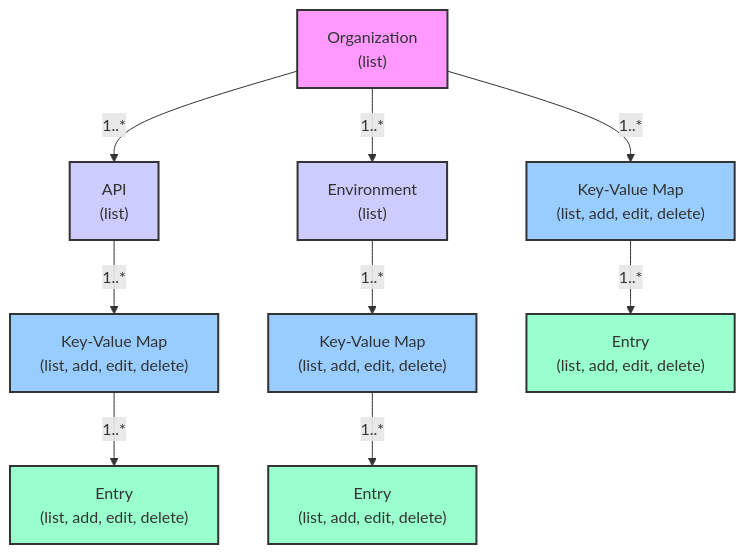
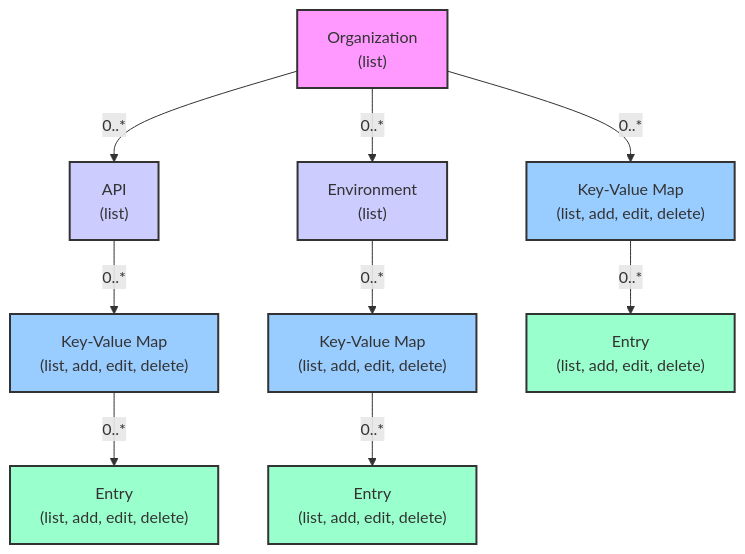
The diagram in apps/acc/src/app/apigee/structure.md (konradst/acc), drawn with Mermaid before and after one commit.

````diff
--- a/apps/acc/src/app/apigee/structure.md
+++ b/apps/acc/src/app/apigee/structure.md
@@ -3,31 +3,31 @@
 ```mermaid
 graph TD;
     %% Define Nodes with Module Name and Methods
     Org["Organization<br/>(list)"]:::level1;
     API["API<br/>(list)"]:::level2;
     Env["Environment<br/>(list)"]:::level2;
     OrgKVM["Key-Value Map<br/>(list, add, edit, delete)"]:::level3;
     ApiKVM["Key-Value Map<br/>(list, add, edit, delete)"]:::level3;
     EnvKVM["Key-Value Map<br/>(list, add, edit, delete)"]:::level3;
     OrgEntry["Entry<br/>(list, add, edit, delete)"]:::level4;
     ApiEntry["Entry<br/>(list, add, edit, delete)"]:::level4;
     EnvEntry["Entry<br/>(list, add, edit, delete)"]:::level4;
 
     %% Define Relationships and Cardinality
-    Org -- "1..*" --> API;
-    Org -- "1..*" --> Env;
-    Org -- "1..*"--> OrgKVM;
+    Org -- "0..*" --> API;
+    Org -- "0..*" --> Env;
+    Org -- "0..*"--> OrgKVM;
 
-    API -- "1..*" --> ApiKVM;
-    Env -- "1..*" --> EnvKVM;
+    API -- "0..*" --> ApiKVM;
+    Env -- "0..*" --> EnvKVM;
 
-    OrgKVM -- "1..*" --> OrgEntry;
-    ApiKVM -- "1..*" --> ApiEntry;
-    EnvKVM -- "1..*" --> EnvEntry;
+    OrgKVM -- "0..*" --> OrgEntry;
+    ApiKVM -- "0..*" --> ApiEntry;
+    EnvKVM -- "0..*" --> EnvEntry;
 
     %% Optional Styling (adjust colors/shapes as needed)
     classDef level1 fill:#f9f,stroke:#333,stroke-width:2px;
     classDef level2 fill:#ccf,stroke:#333,stroke-width:2px;
     classDef level3 fill:#9cf,stroke:#333,stroke-width:2px;
     classDef level4 fill:#9fc,stroke:#333,stroke-width:2px;
 ```
````
